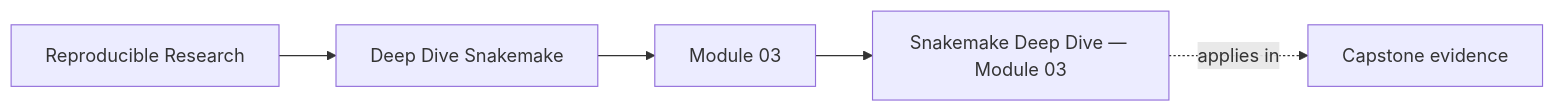
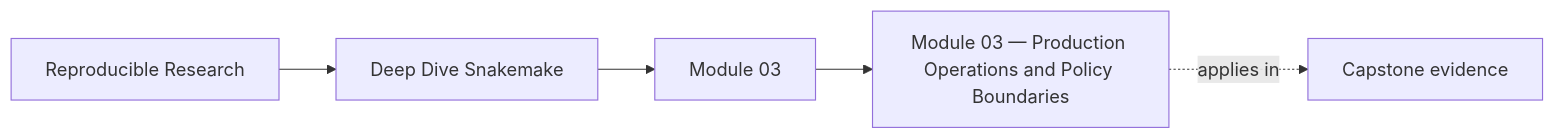
Before and after one commit to bijux/bijux-masterclass: the first of 8 diagrams in programs/reproducible-research/deep-dive-snakemake/course-book/module-03-production-operations-and-policy-boundaries/index.md, drawn with Mermaid. The commit also changed other lines of this file and 9 other files, not shown here.

Commit message:
docs(deep-dive-snakemake): unify the module introduction voice

````diff
--- a/programs/reproducible-research/deep-dive-snakemake/course-book/module-03-production-operations-and-policy-boundaries/index.md
+++ b/programs/reproducible-research/deep-dive-snakemake/course-book/module-03-production-operations-and-policy-boundaries/index.md
@@ -7,11 +9,11 @@
 ```mermaid
 graph LR
   family["Reproducible Research"]
   program["Deep Dive Snakemake"]
   section["Module 03"]
-  page["Snakemake Deep Dive — Module 03"]
+  page["Module 03 — Production Operations and Policy Boundaries"]
   capstone["Capstone evidence"]
 
   family --> program --> section --> page
   page -.applies in.-> capstone
 ```
````
